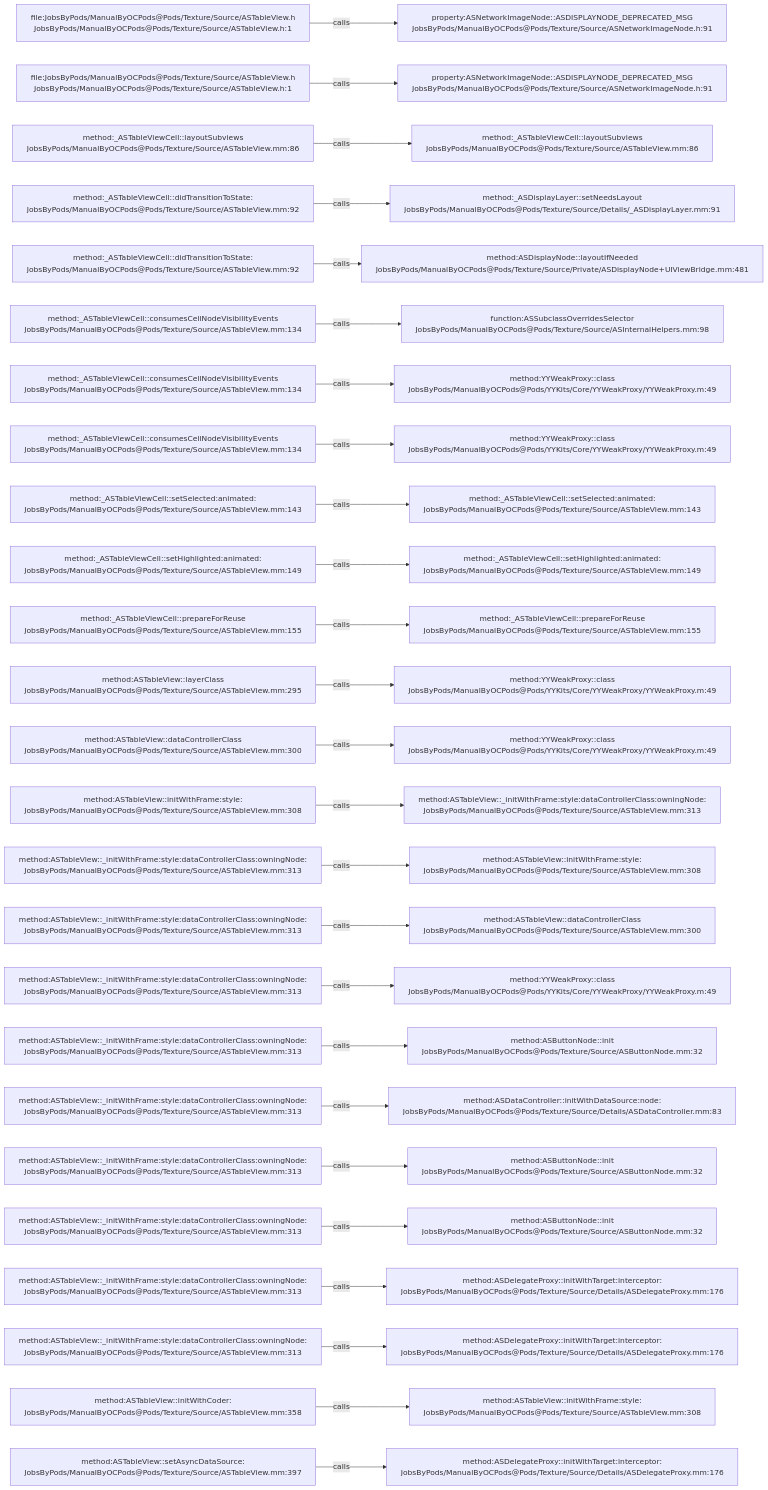
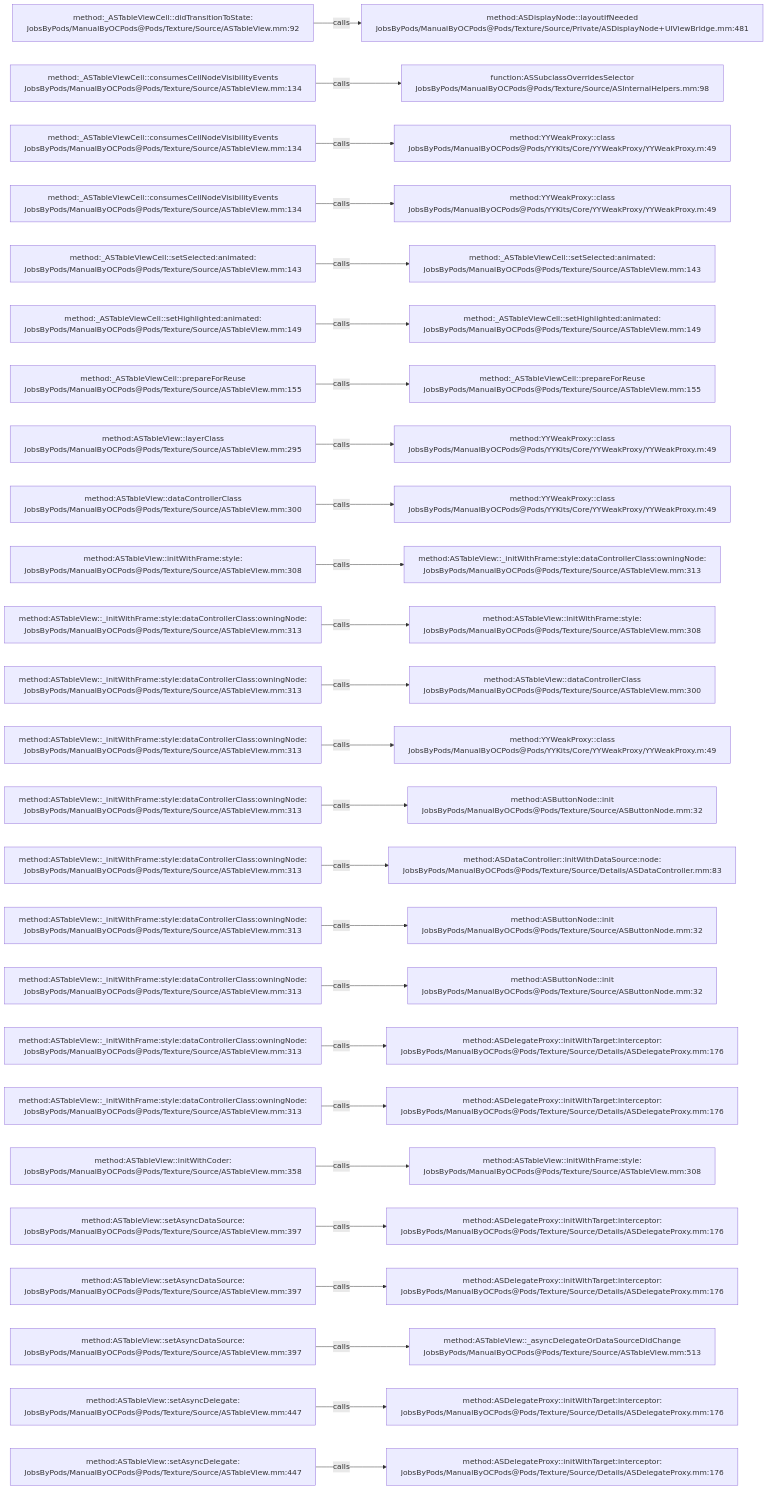
One commit to JobsKits/JobsOCBaseConfigDemo changed the diagram in .codegraph/codegraph.md/graphs/calls-124.md. Above: the diagram before and after it, drawn with Mermaid. The commit also changed 727 other files, not shown here.

````diff
--- a/.codegraph/codegraph.md/graphs/calls-124.md
+++ b/.codegraph/codegraph.md/graphs/calls-124.md
@@ -13,78 +13,78 @@
 ```mermaid
 flowchart LR
-  S1["file:JobsByPods/ManualByOCPods@Pods/Texture/Source/ASTableView.h<br/>JobsByPods/ManualByOCPods@Pods/Texture/Source/ASTableView.h:1"]
-  T1["property:ASNetworkImageNode::ASDISPLAYNODE_DEPRECATED_MSG<br/>JobsByPods/ManualByOCPods@Pods/Texture/Source/ASNetworkImageNode.h:91"]
+  S1["method:_ASTableViewCell::didTransitionToState:<br/>JobsByPods/ManualByOCPods@Pods/Texture/Source/ASTableView.mm:92"]
+  T1["method:ASDisplayNode::layoutIfNeeded<br/>JobsByPods/ManualByOCPods@Pods/Texture/Source/Private/ASDisplayNode+UIViewBridge.mm:481"]
   S1 -->|calls| T1
-  S2["file:JobsByPods/ManualByOCPods@Pods/Texture/Source/ASTableView.h<br/>JobsByPods/ManualByOCPods@Pods/Texture/Source/ASTableView.h:1"]
-  T2["property:ASNetworkImageNode::ASDISPLAYNODE_DEPRECATED_MSG<br/>JobsByPods/ManualByOCPods@Pods/Texture/Source/ASNetworkImageNode.h:91"]
+  S2["method:_ASTableViewCell::consumesCellNodeVisibilityEvents<br/>JobsByPods/ManualByOCPods@Pods/Texture/Source/ASTableView.mm:134"]
+  T2["function:ASSubclassOverridesSelector<br/>JobsByPods/ManualByOCPods@Pods/Texture/Source/ASInternalHelpers.mm:98"]
   S2 -->|calls| T2
-  S3["method:_ASTableViewCell::layoutSubviews<br/>JobsByPods/ManualByOCPods@Pods/Texture/Source/ASTableView.mm:86"]
-  T3["method:_ASTableViewCell::layoutSubviews<br/>JobsByPods/ManualByOCPods@Pods/Texture/Source/ASTableView.mm:86"]
+  S3["method:_ASTableViewCell::consumesCellNodeVisibilityEvents<br/>JobsByPods/ManualByOCPods@Pods/Texture/Source/ASTableView.mm:134"]
+  T3["method:YYWeakProxy::class<br/>JobsByPods/ManualByOCPods@Pods/YYKits/Core/YYWeakProxy/YYWeakProxy.m:49"]
   S3 -->|calls| T3
-  S4["method:_ASTableViewCell::didTransitionToState:<br/>JobsByPods/ManualByOCPods@Pods/Texture/Source/ASTableView.mm:92"]
-  T4["method:_ASDisplayLayer::setNeedsLayout<br/>JobsByPods/ManualByOCPods@Pods/Texture/Source/Details/_ASDisplayLayer.mm:91"]
+  S4["method:_ASTableViewCell::consumesCellNodeVisibilityEvents<br/>JobsByPods/ManualByOCPods@Pods/Texture/Source/ASTableView.mm:134"]
+  T4["method:YYWeakProxy::class<br/>JobsByPods/ManualByOCPods@Pods/YYKits/Core/YYWeakProxy/YYWeakProxy.m:49"]
   S4 -->|calls| T4
-  S5["method:_ASTableViewCell::didTransitionToState:<br/>JobsByPods/ManualByOCPods@Pods/Texture/Source/ASTableView.mm:92"]
-  T5["method:ASDisplayNode::layoutIfNeeded<br/>JobsByPods/ManualByOCPods@Pods/Texture/Source/Private/ASDisplayNode+UIViewBridge.mm:481"]
+  S5["method:_ASTableViewCell::setSelected:animated:<br/>JobsByPods/ManualByOCPods@Pods/Texture/Source/ASTableView.mm:143"]
+  T5["method:_ASTableViewCell::setSelected:animated:<br/>JobsByPods/ManualByOCPods@Pods/Texture/Source/ASTableView.mm:143"]
   S5 -->|calls| T5
-  S6["method:_ASTableViewCell::consumesCellNodeVisibilityEvents<br/>JobsByPods/ManualByOCPods@Pods/Texture/Source/ASTableView.mm:134"]
-  T6["function:ASSubclassOverridesSelector<br/>JobsByPods/ManualByOCPods@Pods/Texture/Source/ASInternalHelpers.mm:98"]
+  S6["method:_ASTableViewCell::setHighlighted:animated:<br/>JobsByPods/ManualByOCPods@Pods/Texture/Source/ASTableView.mm:149"]
+  T6["method:_ASTableViewCell::setHighlighted:animated:<br/>JobsByPods/ManualByOCPods@Pods/Texture/Source/ASTableView.mm:149"]
   S6 -->|calls| T6
-  S7["method:_ASTableViewCell::consumesCellNodeVisibilityEvents<br/>JobsByPods/ManualByOCPods@Pods/Texture/Source/ASTableView.mm:134"]
-  T7["method:YYWeakProxy::class<br/>JobsByPods/ManualByOCPods@Pods/YYKits/Core/YYWeakProxy/YYWeakProxy.m:49"]
+  S7["method:_ASTableViewCell::prepareForReuse<br/>JobsByPods/ManualByOCPods@Pods/Texture/Source/ASTableView.mm:155"]
+  T7["method:_ASTableViewCell::prepareForReuse<br/>JobsByPods/ManualByOCPods@Pods/Texture/Source/ASTableView.mm:155"]
   S7 -->|calls| T7
-  S8["method:_ASTableViewCell::consumesCellNodeVisibilityEvents<br/>JobsByPods/ManualByOCPods@Pods/Texture/Source/ASTableView.mm:134"]
+  S8["method:ASTableView::layerClass<br/>JobsByPods/ManualByOCPods@Pods/Texture/Source/ASTableView.mm:295"]
   T8["method:YYWeakProxy::class<br/>JobsByPods/ManualByOCPods@Pods/YYKits/Core/YYWeakProxy/YYWeakProxy.m:49"]
   S8 -->|calls| T8
-  S9["method:_ASTableViewCell::setSelected:animated:<br/>JobsByPods/ManualByOCPods@Pods/Texture/Source/ASTableView.mm:143"]
-  T9["method:_ASTableViewCell::setSelected:animated:<br/>JobsByPods/ManualByOCPods@Pods/Texture/Source/ASTableView.mm:143"]
+  S9["method:ASTableView::dataControllerClass<br/>JobsByPods/ManualByOCPods@Pods/Texture/Source/ASTableView.mm:300"]
+  T9["method:YYWeakProxy::class<br/>JobsByPods/ManualByOCPods@Pods/YYKits/Core/YYWeakProxy/YYWeakProxy.m:49"]
   S9 -->|calls| T9
-  S10["method:_ASTableViewCell::setHighlighted:animated:<br/>JobsByPods/ManualByOCPods@Pods/Texture/Source/ASTableView.mm:149"]
-  T10["method:_ASTableViewCell::setHighlighted:animated:<br/>JobsByPods/ManualByOCPods@Pods/Texture/Source/ASTableView.mm:149"]
+  S10["method:ASTableView::initWithFrame:style:<br/>JobsByPods/ManualByOCPods@Pods/Texture/Source/ASTableView.mm:308"]
+  T10["method:ASTableView::_initWithFrame:style:dataControllerClass:owningNode:<br/>JobsByPods/ManualByOCPods@Pods/Texture/Source/ASTableView.mm:313"]
   S10 -->|calls| T10
-  S11["method:_ASTableViewCell::prepareForReuse<br/>JobsByPods/ManualByOCPods@Pods/Texture/Source/ASTableView.mm:155"]
-  T11["method:_ASTableViewCell::prepareForReuse<br/>JobsByPods/ManualByOCPods@Pods/Texture/Source/ASTableView.mm:155"]
+  S11["method:ASTableView::_initWithFrame:style:dataControllerClass:owningNode:<br/>JobsByPods/ManualByOCPods@Pods/Texture/Source/ASTableView.mm:313"]
+  T11["method:ASTableView::initWithFrame:style:<br/>JobsByPods/ManualByOCPods@Pods/Texture/Source/ASTableView.mm:308"]
   S11 -->|calls| T11
-  S12["method:ASTableView::layerClass<br/>JobsByPods/ManualByOCPods@Pods/Texture/Source/ASTableView.mm:295"]
-  T12["method:YYWeakProxy::class<br/>JobsByPods/ManualByOCPods@Pods/YYKits/Core/YYWeakProxy/YYWeakProxy.m:49"]
+  S12["method:ASTableView::_initWithFrame:style:dataControllerClass:owningNode:<br/>JobsByPods/ManualByOCPods@Pods/Texture/Source/ASTableView.mm:313"]
+  T12["method:ASTableView::dataControllerClass<br/>JobsByPods/ManualByOCPods@Pods/Texture/Source/ASTableView.mm:300"]
   S12 -->|calls| T12
-  S13["method:ASTableView::dataControllerClass<br/>JobsByPods/ManualByOCPods@Pods/Texture/Source/ASTableView.mm:300"]
+  S13["method:ASTableView::_initWithFrame:style:dataControllerClass:owningNode:<br/>JobsByPods/ManualByOCPods@Pods/Texture/Source/ASTableView.mm:313"]
   T13["method:YYWeakProxy::class<br/>JobsByPods/ManualByOCPods@Pods/YYKits/Core/YYWeakProxy/YYWeakProxy.m:49"]
   S13 -->|calls| T13
-  S14["method:ASTableView::initWithFrame:style:<br/>JobsByPods/ManualByOCPods@Pods/Texture/Source/ASTableView.mm:308"]
-  T14["method:ASTableView::_initWithFrame:style:dataControllerClass:owningNode:<br/>JobsByPods/ManualByOCPods@Pods/Texture/Source/ASTableView.mm:313"]
+  S14["method:ASTableView::_initWithFrame:style:dataControllerClass:owningNode:<br/>JobsByPods/ManualByOCPods@Pods/Texture/Source/ASTableView.mm:313"]
+  T14["method:ASButtonNode::init<br/>JobsByPods/ManualByOCPods@Pods/Texture/Source/ASButtonNode.mm:32"]
   S14 -->|calls| T14
   S15["method:ASTableView::_initWithFrame:style:dataControllerClass:owningNode:<br/>JobsByPods/ManualByOCPods@Pods/Texture/Source/ASTableView.mm:313"]
-  T15["method:ASTableView::initWithFrame:style:<br/>JobsByPods/ManualByOCPods@Pods/Texture/Source/ASTableView.mm:308"]
+  T15["method:ASDataController::initWithDataSource:node:<br/>JobsByPods/ManualByOCPods@Pods/Texture/Source/Details/ASDataController.mm:83"]
   S15 -->|calls| T15
   S16["method:ASTableView::_initWithFrame:style:dataControllerClass:owningNode:<br/>JobsByPods/ManualByOCPods@Pods/Texture/Source/ASTableView.mm:313"]
-  T16["method:ASTableView::dataControllerClass<br/>JobsByPods/ManualByOCPods@Pods/Texture/Source/ASTableView.mm:300"]
+  T16["method:ASButtonNode::init<br/>JobsByPods/ManualByOCPods@Pods/Texture/Source/ASButtonNode.mm:32"]
   S16 -->|calls| T16
   S17["method:ASTableView::_initWithFrame:style:dataControllerClass:owningNode:<br/>JobsByPods/ManualByOCPods@Pods/Texture/Source/ASTableView.mm:313"]
-  T17["method:YYWeakProxy::class<br/>JobsByPods/ManualByOCPods@Pods/YYKits/Core/YYWeakProxy/YYWeakProxy.m:49"]
+  T17["method:ASButtonNode::init<br/>JobsByPods/ManualByOCPods@Pods/Texture/Source/ASButtonNode.mm:32"]
   S17 -->|calls| T17
   S18["method:ASTableView::_initWithFrame:style:dataControllerClass:owningNode:<br/>JobsByPods/ManualByOCPods@Pods/Texture/Source/ASTableView.mm:313"]
-  T18["method:ASButtonNode::init<br/>JobsByPods/ManualByOCPods@Pods/Texture/Source/ASButtonNode.mm:32"]
+  T18["method:ASDelegateProxy::initWithTarget:interceptor:<br/>JobsByPods/ManualByOCPods@Pods/Texture/Source/Details/ASDelegateProxy.mm:176"]
   S18 -->|calls| T18
   S19["method:ASTableView::_initWithFrame:style:dataControllerClass:owningNode:<br/>JobsByPods/ManualByOCPods@Pods/Texture/Source/ASTableView.mm:313"]
-  T19["method:ASDataController::initWithDataSource:node:<br/>JobsByPods/ManualByOCPods@Pods/Texture/Source/Details/ASDataController.mm:83"]
+  T19["method:ASDelegateProxy::initWithTarget:interceptor:<br/>JobsByPods/ManualByOCPods@Pods/Texture/Source/Details/ASDelegateProxy.mm:176"]
   S19 -->|calls| T19
-  S20["method:ASTableView::_initWithFrame:style:dataControllerClass:owningNode:<br/>JobsByPods/ManualByOCPods@Pods/Texture/Source/ASTableView.mm:313"]
-  T20["method:ASButtonNode::init<br/>JobsByPods/ManualByOCPods@Pods/Texture/Source/ASButtonNode.mm:32"]
+  S20["method:ASTableView::initWithCoder:<br/>JobsByPods/ManualByOCPods@Pods/Texture/Source/ASTableView.mm:358"]
+  T20["method:ASTableView::initWithFrame:style:<br/>JobsByPods/ManualByOCPods@Pods/Texture/Source/ASTableView.mm:308"]
   S20 -->|calls| T20
-  S21["method:ASTableView::_initWithFrame:style:dataControllerClass:owningNode:<br/>JobsByPods/ManualByOCPods@Pods/Texture/Source/ASTableView.mm:313"]
-  T21["method:ASButtonNode::init<br/>JobsByPods/ManualByOCPods@Pods/Texture/Source/ASButtonNode.mm:32"]
+  S21["method:ASTableView::setAsyncDataSource:<br/>JobsByPods/ManualByOCPods@Pods/Texture/Source/ASTableView.mm:397"]
+  T21["method:ASDelegateProxy::initWithTarget:interceptor:<br/>JobsByPods/ManualByOCPods@Pods/Texture/Source/Details/ASDelegateProxy.mm:176"]
   S21 -->|calls| T21
-  S22["method:ASTableView::_initWithFrame:style:dataControllerClass:owningNode:<br/>JobsByPods/ManualByOCPods@Pods/Texture/Source/ASTableView.mm:313"]
+  S22["method:ASTableView::setAsyncDataSource:<br/>JobsByPods/ManualByOCPods@Pods/Texture/Source/ASTableView.mm:397"]
   T22["method:ASDelegateProxy::initWithTarget:interceptor:<br/>JobsByPods/ManualByOCPods@Pods/Texture/Source/Details/ASDelegateProxy.mm:176"]
   S22 -->|calls| T22
-  S23["method:ASTableView::_initWithFrame:style:dataControllerClass:owningNode:<br/>JobsByPods/ManualByOCPods@Pods/Texture/Source/ASTableView.mm:313"]
-  T23["method:ASDelegateProxy::initWithTarget:interceptor:<br/>JobsByPods/ManualByOCPods@Pods/Texture/Source/Details/ASDelegateProxy.mm:176"]
+  S23["method:ASTableView::setAsyncDataSource:<br/>JobsByPods/ManualByOCPods@Pods/Texture/Source/ASTableView.mm:397"]
+  T23["method:ASTableView::_asyncDelegateOrDataSourceDidChange<br/>JobsByPods/ManualByOCPods@Pods/Texture/Source/ASTableView.mm:513"]
   S23 -->|calls| T23
-  S24["method:ASTableView::initWithCoder:<br/>JobsByPods/ManualByOCPods@Pods/Texture/Source/ASTableView.mm:358"]
-  T24["method:ASTableView::initWithFrame:style:<br/>JobsByPods/ManualByOCPods@Pods/Texture/Source/ASTableView.mm:308"]
+  S24["method:ASTableView::setAsyncDelegate:<br/>JobsByPods/ManualByOCPods@Pods/Texture/Source/ASTableView.mm:447"]
+  T24["method:ASDelegateProxy::initWithTarget:interceptor:<br/>JobsByPods/ManualByOCPods@Pods/Texture/Source/Details/ASDelegateProxy.mm:176"]
   S24 -->|calls| T24
-  S25["method:ASTableView::setAsyncDataSource:<br/>JobsByPods/ManualByOCPods@Pods/Texture/Source/ASTableView.mm:397"]
+  S25["method:ASTableView::setAsyncDelegate:<br/>JobsByPods/ManualByOCPods@Pods/Texture/Source/ASTableView.mm:447"]
   T25["method:ASDelegateProxy::initWithTarget:interceptor:<br/>JobsByPods/ManualByOCPods@Pods/Texture/Source/Details/ASDelegateProxy.mm:176"]
   S25 -->|calls| T25
 ```
````
